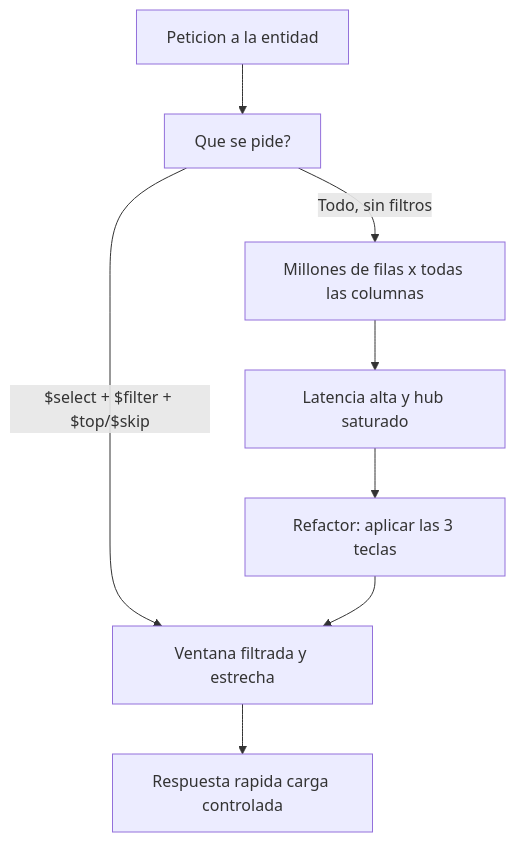
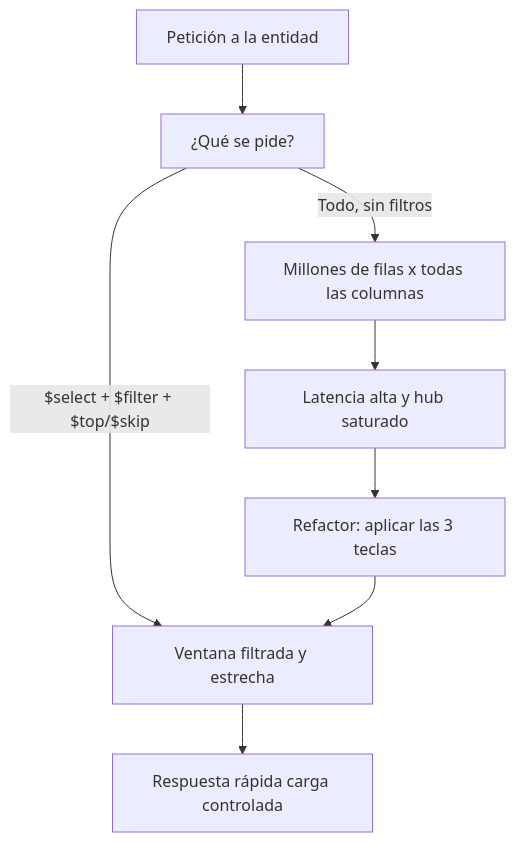
Before and after one commit to logalitech/blog-content: the diagram in es/odata-rendimiento-filter.mdx, drawn with Mermaid. The commit also changed other lines of this file and 49 other files, not shown here.

````diff
--- a/es/odata-rendimiento-filter.mdx
+++ b/es/odata-rendimiento-filter.mdx
@@ -23,10 +23,10 @@
 ```mermaid
 flowchart TD
- A["Peticion a la entidad"] --> B["Que se pide?"]
+ A["Petición a la entidad"] --> B["¿Qué se pide?"]
  B -->|"Todo, sin filtros"| C["Millones de filas x todas las columnas"]
  C --> D["Latencia alta y hub saturado"]
  B -->|"$select + $filter + $top/$skip"| E["Ventana filtrada y estrecha"]
- E --> F["Respuesta rapida carga controlada"]
+ E --> F["Respuesta rápida carga controlada"]
  D --> G["Refactor: aplicar las 3 teclas"]
  G --> E
 ```
````
